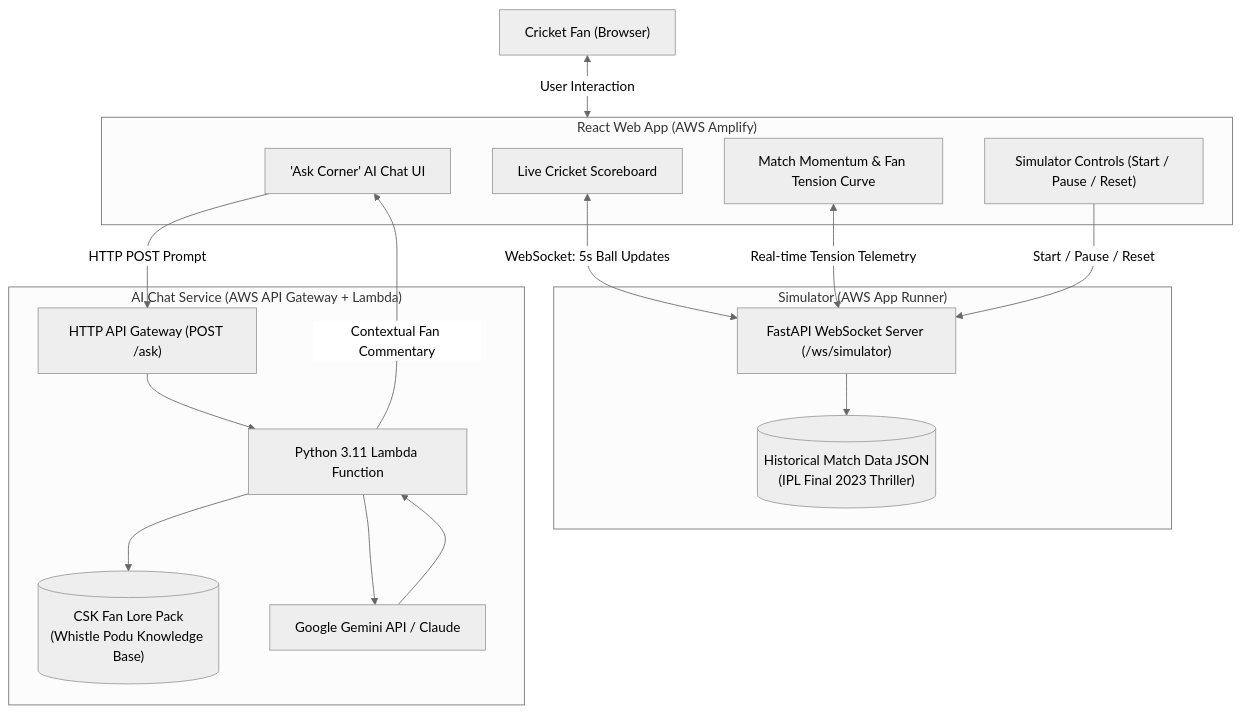
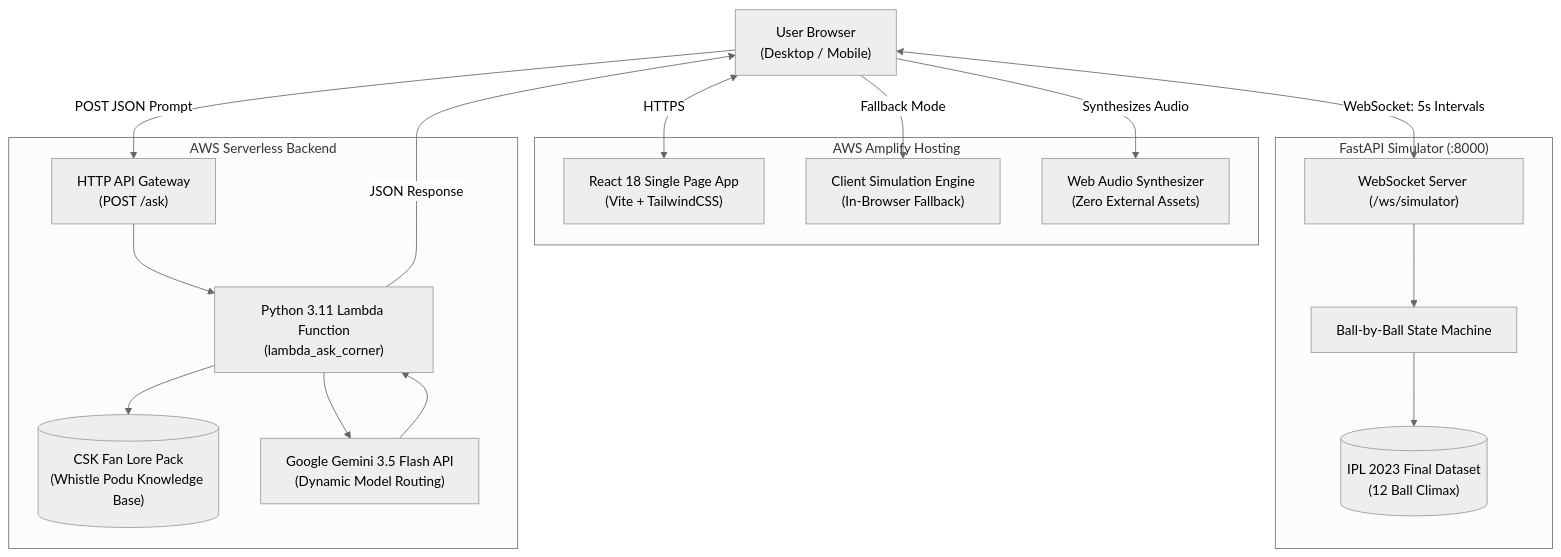
Before and after one commit to shreyaanbanerjee/DreamCompanion: the diagram in README.md, drawn with Mermaid (neutral theme). The commit also changed other lines of this file and 3 other files, not shown here.

Commit message:
docs(readme): add detailed, humanized documentation and architecture guide

````diff
--- a/README.md
+++ b/README.md
@@ -14,36 +15,38 @@
 ```mermaid
 flowchart TD
-    User["Cricket Fan (Browser)"]
+    Browser["User Browser\n(Desktop / Mobile)"]
 
-    subgraph Frontend ["React Web App (AWS Amplify)"]
-        Scoreboard["Live Cricket Scoreboard"]
-        ECG["Match Momentum & Fan Tension Curve"]
-        Chat["'Ask Corner' AI Chat UI"]
-        Controls["Simulator Controls (Start / Pause / Reset)"]
+    subgraph Hosting ["AWS Amplify Hosting"]
+        StaticApp["React 18 Single Page App\n(Vite + TailwindCSS)"]
+        ClientEngine["Client Simulation Engine\n(In-Browser Fallback)"]
+        WebAudio["Web Audio Synthesizer\n(Zero External Assets)"]
     end
 
-    subgraph Backend ["Simulator (AWS App Runner)"]
-        FastAPI["FastAPI WebSocket Server (/ws/simulator)"]
-        MatchData[("Historical Match Data JSON\n(IPL Final 2023 Thriller)")]
+    subgraph LocalBackend ["FastAPI Simulator (:8000)"]
+        WSServer["WebSocket Server (/ws/simulator)"]
+        MatchJSON[("IPL 2023 Final Dataset\n(12 Ball Climax)")]
+        StateMach["Ball-by-Ball State Machine"]
     end
 
-    subgraph ChatService ["AI Chat Service (AWS API Gateway + Lambda)"]
-        APIGW["HTTP API Gateway (POST /ask)"]
-        Lambda["Python 3.11 Lambda Function"]
-        LorePack[("CSK Fan Lore Pack\n(Whistle Podu Knowledge Base)")]
-        LLM["Google Gemini API / Claude"]
+    subgraph ServerlessAI ["AWS Serverless Backend"]
+        APIGW["HTTP API Gateway\n(POST /ask)"]
+        Lambda["Python 3.11 Lambda Function\n(lambda_ask_corner)"]
+        FanLore[("CSK Fan Lore Pack\n(Whistle Podu Knowledge Base)")]
+        Gemini["Google Gemini 3.5 Flash API\n(Dynamic Model Routing)"]
     end
 
-    User <-->|User Interaction| Frontend
-    Scoreboard <-->|WebSocket: 5s Ball Updates| FastAPI
-    ECG <-->|Real-time Tension Telemetry| FastAPI
-    Controls -->|Start / Pause / Reset| FastAPI
-    FastAPI --> MatchData
+    Browser <-->|HTTPS| StaticApp
+    Browser <-->|WebSocket: 5s Intervals| WSServer
+    Browser -->|Fallback Mode| ClientEngine
+    Browser -->|Synthesizes Audio| WebAudio
 
-    Chat -->|HTTP POST Prompt| APIGW
+    WSServer --> StateMach
+    StateMach --> MatchJSON
+
+    Browser -->|POST JSON Prompt| APIGW
     APIGW --> Lambda
-    Lambda --> LorePack
-    Lambda --> LLM
-    LLM --> Lambda
-    Lambda -->|Contextual Fan Commentary| Chat
+    Lambda --> FanLore
+    Lambda --> Gemini
+    Gemini --> Lambda
+    Lambda -->|JSON Response| Browser
 ```
````
